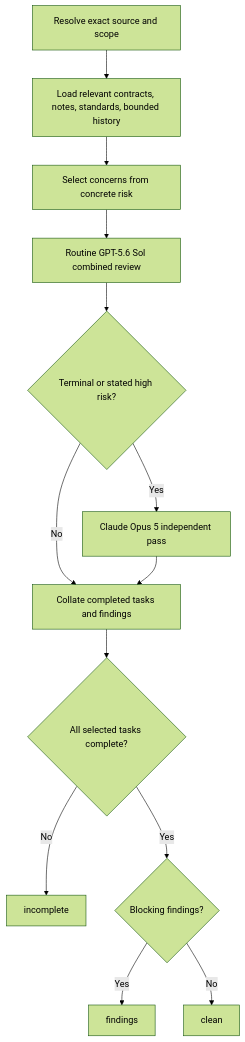
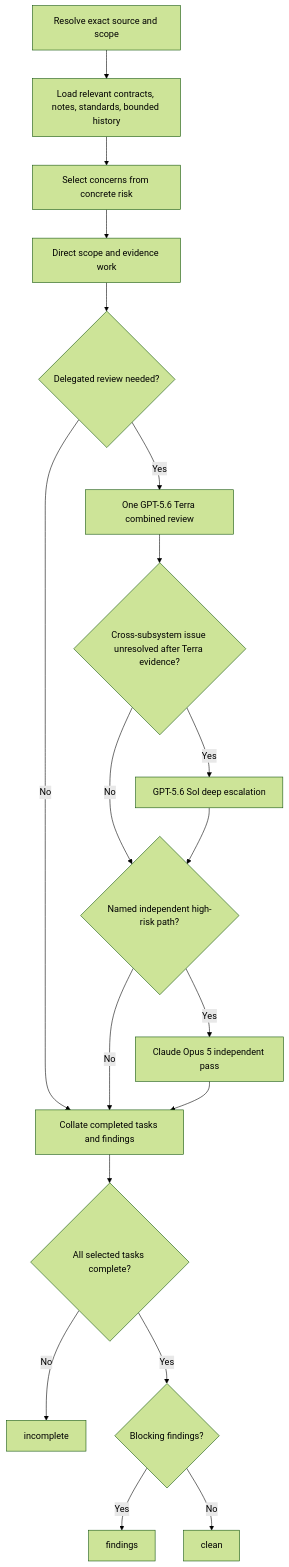
Before and after one commit to jIRI-san/skalary: the first of 2 diagrams in docs/operator-guide/reviews.md, drawn with Mermaid (forest theme). The commit also changed other lines of this file and 9 other files, not shown here.

````diff
--- a/docs/operator-guide/reviews.md
+++ b/docs/operator-guide/reviews.md
@@ -17,15 +17,21 @@
 ```mermaid
 flowchart TD
     A[Resolve exact source and scope] --> B[Load relevant contracts, notes, standards, bounded history]
     B --> C[Select concerns from concrete risk]
-    C --> D[Routine GPT-5.6 Sol combined review]
-    D --> E{Terminal or stated high risk?}
-    E -->|Yes| F[Claude Opus 5 independent pass]
-    E -->|No| G[Collate completed tasks and findings]
-    F --> G
-    G --> H{All selected tasks complete?}
-    H -->|No| I[incomplete]
-    H -->|Yes| J{Blocking findings?}
-    J -->|Yes| K[findings]
-    J -->|No| L[clean]
+    C --> D[Direct scope and evidence work]
+    D --> E{Delegated review needed?}
+    E -->|Yes| F[One GPT-5.6 Terra combined review]
+    E -->|No| J[Collate completed tasks and findings]
+    F --> G{Cross-subsystem issue unresolved after Terra evidence?}
+    G -->|Yes| H[GPT-5.6 Sol deep escalation]
+    G -->|No| I{Named independent high-risk path?}
+    H --> I
+    I -->|Yes| O[Claude Opus 5 independent pass]
+    I -->|No| J
+    O --> J
+    J --> K{All selected tasks complete?}
+    K -->|No| L[incomplete]
+    K -->|Yes| M{Blocking findings?}
+    M -->|Yes| N[findings]
+    M -->|No| P[clean]
 ```
````
